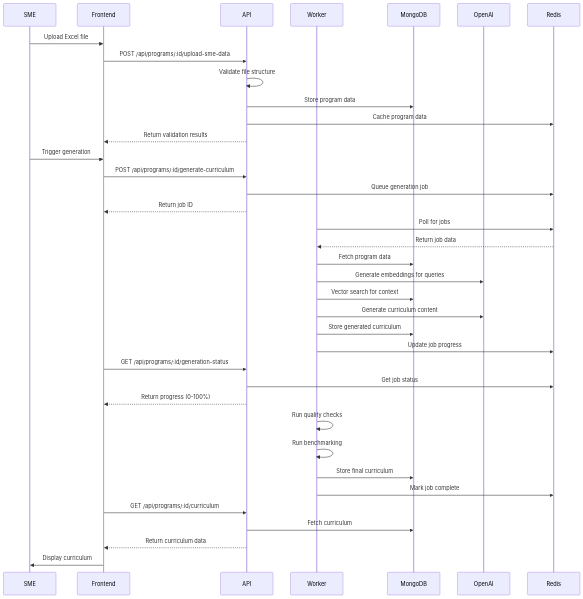
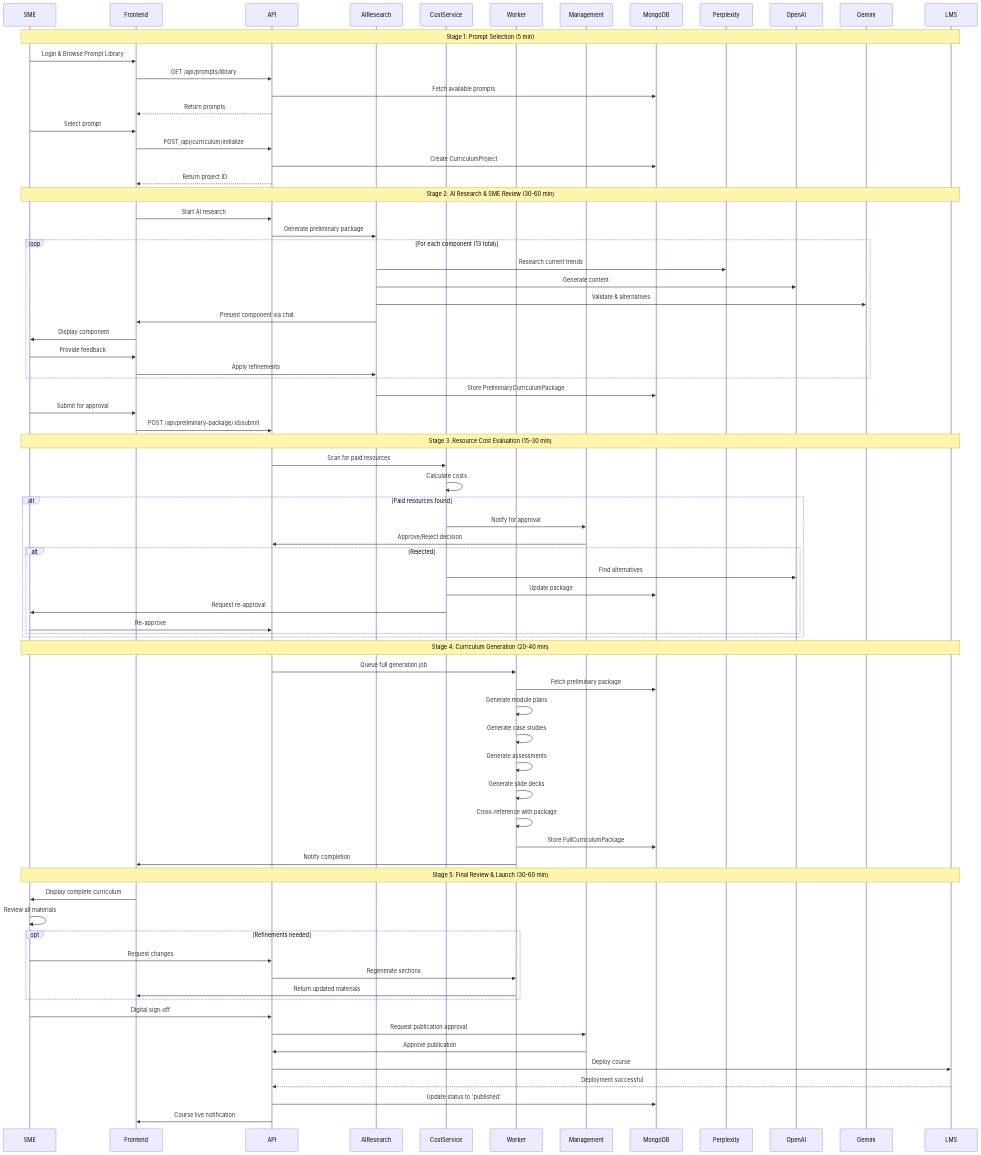
The first of 6 diagrams in WORKFLOW.md (viditkbhatnagar/CurriculumGenerator), drawn with Mermaid before and after one commit. The commit also changed other lines of this file and 21 other files, not shown here.

````diff
--- a/WORKFLOW.md
+++ b/WORKFLOW.md
@@ -53,44 +67,86 @@
     participant SME
     participant Frontend
     participant API
+    participant AIResearch
+    participant CostService
     participant Worker
+    participant Management
     participant MongoDB
+    participant Perplexity
     participant OpenAI
-    participant Redis
+    participant Gemini
+    participant LMS
 
-    SME->>Frontend: Upload Excel file
-    Frontend->>API: POST /api/programs/:id/upload-sme-data
-    API->>API: Validate file structure
-    API->>MongoDB: Store program data
-    API->>Redis: Cache program data
-    API-->>Frontend: Return validation results
-    
-    SME->>Frontend: Trigger generation
-    Frontend->>API: POST /api/programs/:id/generate-curriculum
-    API->>Redis: Queue generation job
-    API-->>Frontend: Return job ID
-    
-    Worker->>Redis: Poll for jobs
-    Redis-->>Worker: Return job data
-    
-    Worker->>MongoDB: Fetch program data
-    Worker->>OpenAI: Generate embeddings for queries
-    Worker->>MongoDB: Vector search for context
-    Worker->>OpenAI: Generate curriculum content
-    Worker->>MongoDB: Store generated curriculum
-    Worker->>Redis: Update job progress
-    
-    Frontend->>API: GET /api/programs/:id/generation-status
-    API->>Redis: Get job status
-    API-->>Frontend: Return progress (0-100%)
-    
-    Worker->>Worker: Run quality checks
-    Worker->>Worker: Run benchmarking
-    Worker->>MongoDB: Store final curriculum
-    Worker->>Redis: Mark job complete
-    
-    Frontend->>API: GET /api/programs/:id/curriculum
-    API->>MongoDB: Fetch curriculum
-    API-->>Frontend: Return curriculum data
-    Frontend->>SME: Display curriculum
+    Note over SME,LMS: Stage 1: Prompt Selection (5 min)
+    SME->>Frontend: Login & Browse Prompt Library
+    Frontend->>API: GET /api/prompts/library
+    API->>MongoDB: Fetch available prompts
+    API-->>Frontend: Return prompts
+    SME->>Frontend: Select prompt
+    Frontend->>API: POST /api/curriculum/initialize
+    API->>MongoDB: Create CurriculumProject
+    API-->>Frontend: Return project ID
+
+    Note over SME,LMS: Stage 2: AI Research & SME Review (30-60 min)
+    Frontend->>API: Start AI research
+    API->>AIResearch: Generate preliminary package
+
+    loop For each component (13 total)
+        AIResearch->>Perplexity: Research current trends
+        AIResearch->>OpenAI: Generate content
+        AIResearch->>Gemini: Validate & alternatives
+        AIResearch->>Frontend: Present component via chat
+        Frontend->>SME: Display component
+        SME->>Frontend: Provide feedback
+        Frontend->>AIResearch: Apply refinements
+    end
+
+    AIResearch->>MongoDB: Store PreliminaryCurriculumPackage
+    SME->>Frontend: Submit for approval
+    Frontend->>API: POST /api/preliminary-package/:id/submit
+
+    Note over SME,LMS: Stage 3: Resource Cost Evaluation (15-30 min)
+    API->>CostService: Scan for paid resources
+    CostService->>CostService: Calculate costs
+
+    alt Paid resources found
+        CostService->>Management: Notify for approval
+        Management->>API: Approve/Reject decision
+
+        alt Rejected
+            CostService->>OpenAI: Find alternatives
+            CostService->>MongoDB: Update package
+            CostService->>SME: Request re-approval
+            SME->>API: Re-approve
+        end
+    end
+
+    Note over SME,LMS: Stage 4: Curriculum Generation (20-40 min)
+    API->>Worker: Queue full generation job
+    Worker->>MongoDB: Fetch preliminary package
+    Worker->>Worker: Generate module plans
+    Worker->>Worker: Generate case studies
+    Worker->>Worker: Generate assessments
+    Worker->>Worker: Generate slide decks
+    Worker->>Worker: Cross-reference with package
+    Worker->>MongoDB: Store FullCurriculumPackage
+    Worker->>Frontend: Notify completion
+
+    Note over SME,LMS: Stage 5: Final Review & Launch (30-60 min)
+    Frontend->>SME: Display complete curriculum
+    SME->>SME: Review all materials
+
+    opt Refinements needed
+        SME->>API: Request changes
+        API->>Worker: Regenerate sections
+        Worker->>Frontend: Return updated materials
+    end
+
+    SME->>API: Digital sign-off
+    API->>Management: Request publication approval
+    Management->>API: Approve publication
+    API->>LMS: Deploy course
+    LMS-->>API: Deployment successful
+    API->>MongoDB: Update status to 'published'
+    API->>Frontend: Course live notification
 ```
````
